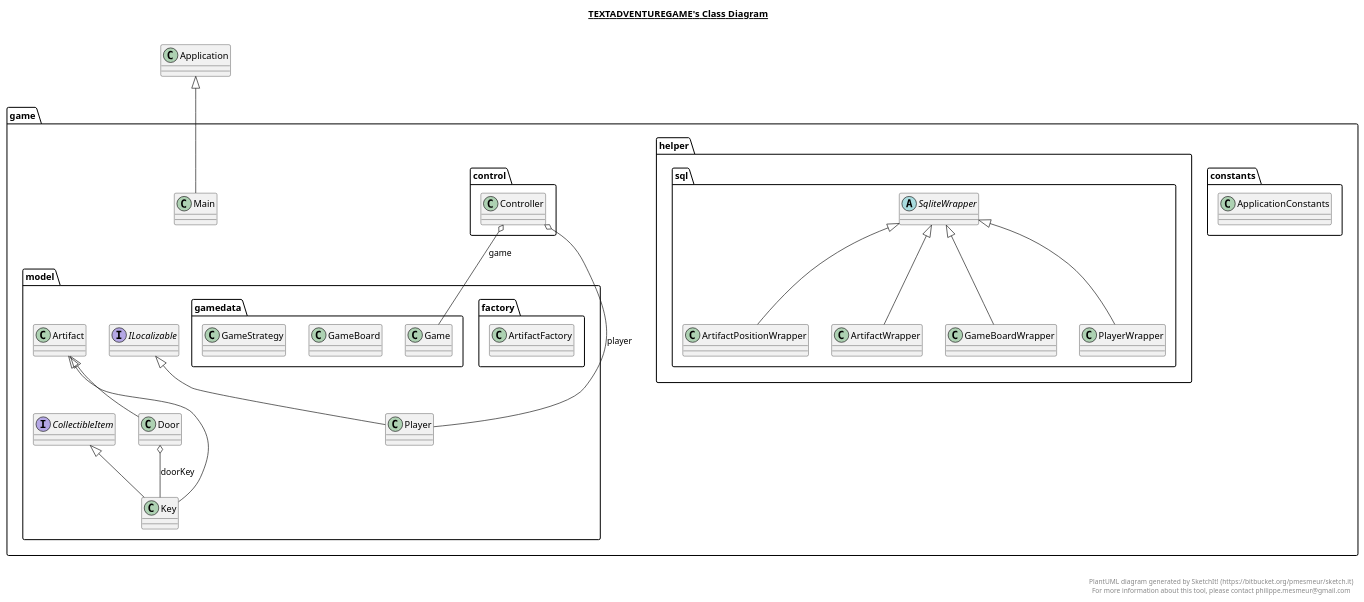
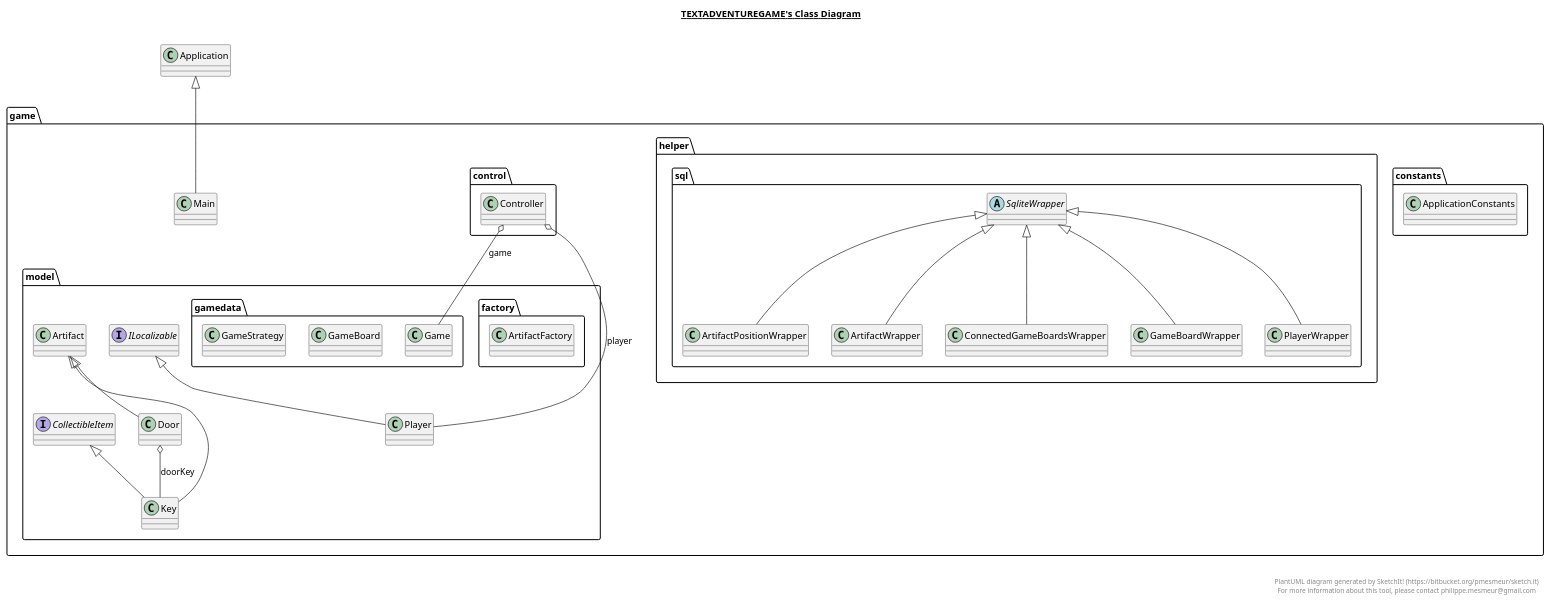
Before and after one commit to rflorian2017/TextAdventureGame: the diagram in TextAdventureGame.plantuml, drawn with PlantUML. The commit also changed 10 other files, not shown here.

```diff
--- a/TextAdventureGame.plantuml
+++ b/TextAdventureGame.plantuml
@@ -1,176 +1,185 @@
 @startuml
 
 title __TEXTADVENTUREGAME's Class Diagram__\n
 
   package game {
     package game.constants {
       class ApplicationConstants {
       }
     }
   }
   
 
   package game {
     package game.model {
       class Artifact {
       }
     }
   }
   
 
   package game {
     package game.model {
       package game.model.factory {
         class ArtifactFactory {
         }
       }
     }
   }
   
 
   package game {
     package game.helper.sql {
       class ArtifactPositionWrapper {
       }
     }
   }
   
 
   package game {
     package game.helper.sql {
       class ArtifactWrapper {
       }
     }
   }
   
 
   package game {
     package game.model {
       interface CollectibleItem {
+      }
+    }
+  }
+  
+
+  package game {
+    package game.helper.sql {
+      class ConnectedGameBoardsWrapper {
       }
     }
   }
   
 
   package game {
     package game.control {
       class Controller {
       }
     }
   }
   
 
   package game {
     package game.model {
       class Door {
       }
     }
   }
   
 
   package game {
     package game.model {
       package game.model.gamedata {
         class Game {
         }
       }
     }
   }
   
 
   package game {
     package game.model {
       package game.model.gamedata {
         class GameBoard {
         }
       }
     }
   }
   
 
   package game {
     package game.helper.sql {
       class GameBoardWrapper {
       }
     }
   }
   
 
   package game {
     package game.model {
       package game.model.gamedata {
         class GameStrategy {
         }
       }
     }
   }
   
 
   package game {
     package game.model {
       interface ILocalizable {
       }
     }
   }
   
 
   package game {
     package game.model {
       class Key {
       }
     }
   }
   
 
   package game {
     class Main {
     }
   }
   
 
   package game {
     package game.model {
       class Player {
       }
     }
   }
   
 
   package game {
     package game.helper.sql {
       class PlayerWrapper {
       }
     }
   }
   
 
   package game {
     package game.helper.sql {
       abstract class SqliteWrapper {
       }
     }
   }
   
 
   ArtifactPositionWrapper -up-|> SqliteWrapper
   ArtifactWrapper -up-|> SqliteWrapper
+  ConnectedGameBoardsWrapper -up-|> SqliteWrapper
   Controller o-- Game : game
   Controller o-- Player : player
   Door -up-|> Artifact
   Door o-- Key : doorKey
   GameBoardWrapper -up-|> SqliteWrapper
   Key -up-|> CollectibleItem
   Key -up-|> Artifact
   Main -up-|> Application
   Player -up-|> ILocalizable
   PlayerWrapper -up-|> SqliteWrapper
 
 
 right footer
 
 
 PlantUML diagram generated by SketchIt! (https://bitbucket.org/pmesmeur/sketch.it)
 For more information about this tool, please contact philippe.mesmeur@gmail.com
 endfooter
 
 @enduml
```
